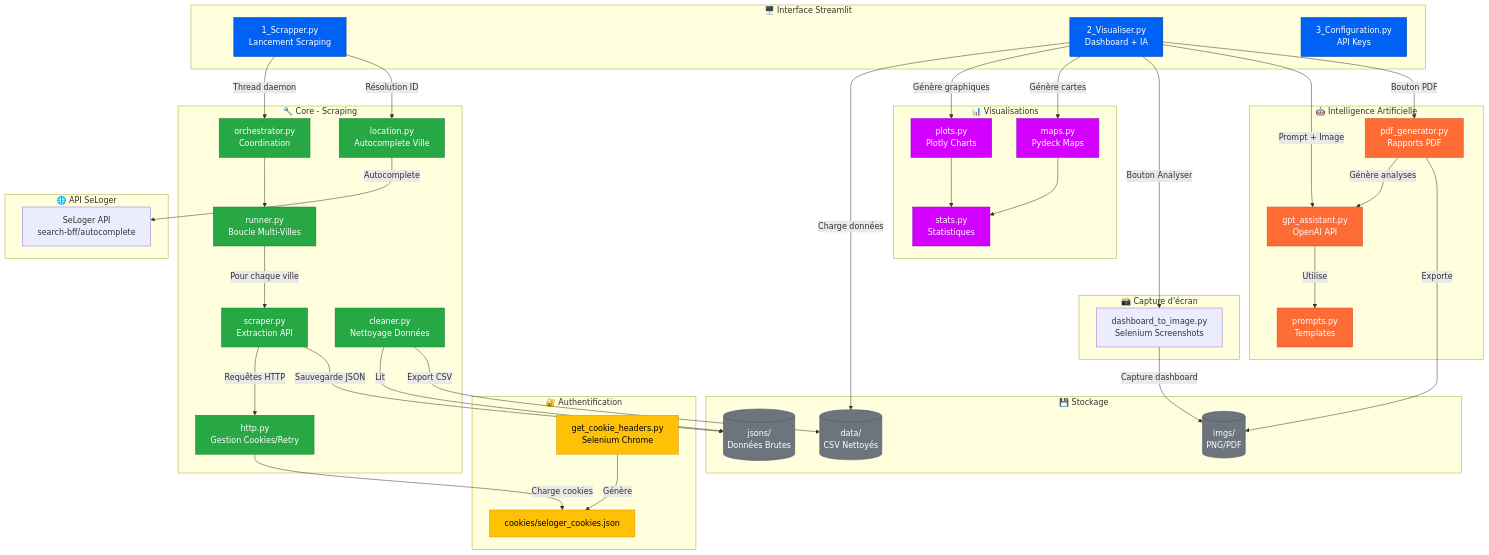
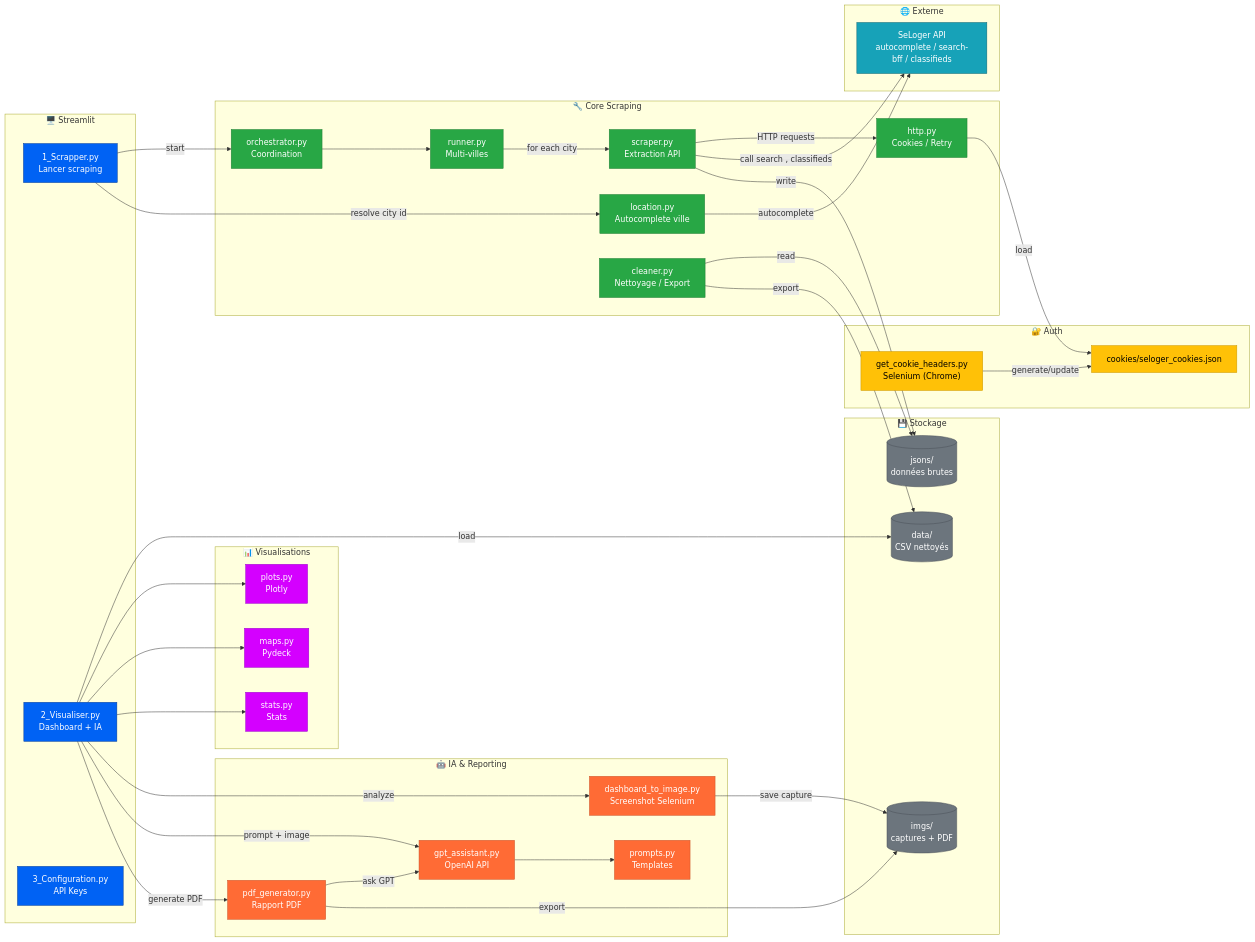
One commit to andrealoy/ImmoGuide changed the diagram in README.md. Above: the diagram before and after it, drawn with Mermaid. The commit also changed other lines of this file, not shown here.

````diff
--- a/README.md
+++ b/README.md
@@ -102,92 +102,126 @@
 ```mermaid
-graph TB
-    subgraph "🖥️ Interface Streamlit"
-        UI1[1_Scrapper.py<br/>Lancement Scraping]
-        UI2[2_Visualiser.py<br/>Dashboard + IA]
-        UI3[3_Configuration.py<br/>API Keys]
-    end
+flowchart LR
 
-    subgraph "🔧 Core - Scraping"
-        ORCH[orchestrator.py<br/>Coordination]
-        RUNNER[runner.py<br/>Boucle Multi-Villes]
-        SCRAPER[scraper.py<br/>Extraction API]
-        HTTP[http.py<br/>Gestion Cookies/Retry]
-        CLEANER[cleaner.py<br/>Nettoyage Données]
-        LOCATION[location.py<br/>Autocomplete Ville]
-    end
+%% =======================
+%% UI
+%% =======================
+subgraph UI["🖥️ Streamlit"]
+  UI1["1_Scrapper.py<br/>Lancer scraping"]
+  UI2["2_Visualiser.py<br/>Dashboard + IA"]
+  UI3["3_Configuration.py<br/>API Keys"]
+end
 
-    subgraph "🔐 Authentification"
-        COOKIES[get_cookie_headers.py<br/>Selenium Chrome]
-        COOKIE_FILE[cookies/seloger_cookies.json]
-    end
+%% =======================
+%% SCRAPING CORE
+%% =======================
+subgraph CORE["🔧 Core Scraping"]
+  ORCH["orchestrator.py<br/>Coordination"]
+  RUNNER["runner.py<br/>Multi-villes"]
+  LOCATION["location.py<br/>Autocomplete ville"]
+  SCRAPER["scraper.py<br/>Extraction API"]
+  HTTP["http.py<br/>Cookies / Retry"]
+  CLEANER["cleaner.py<br/>Nettoyage / Export"]
+end
 
-    subgraph "📊 Visualisations"
-        PLOTS[plots.py<br/>Plotly Charts]
-        MAPS[maps.py<br/>Pydeck Maps]
-        STATS[stats.py<br/>Statistiques]
-    end
+%% =======================
+%% AUTH
+%% =======================
+subgraph AUTH["🔐 Auth"]
+  COOKIES["get_cookie_headers.py<br/>Selenium (Chrome)"]
+  COOKIE_FILE["cookies/seloger_cookies.json"]
+end
 
-    subgraph "🤖 Intelligence Artificielle"
-        GPT[gpt_assistant.py<br/>OpenAI API]
-        PROMPTS[prompts.py<br/>Templates]
-        PDF[pdf_generator.py<br/>Rapports PDF]
-    end
+%% =======================
+%% STORAGE
+%% =======================
+subgraph STORE["💾 Stockage"]
+  JSON_DATA[("jsons/<br/>données brutes")]
+  CSV_DATA[("data/<br/>CSV nettoyés")]
+  IMAGES[("imgs/<br/>captures + PDF")]
+end
 
-    subgraph "📸 Capture d'écran"
-        IMG_SERVICE[dashboard_to_image.py<br/>Selenium Screenshots]
-    end
+%% =======================
+%% API
+%% =======================
+subgraph EXT["🌐 Externe"]
+  API["SeLoger API<br/>autocomplete / search-bff / classifieds"]
+end
 
-    subgraph "💾 Stockage"
-        JSON_DATA[(jsons/<br/>Données Brutes)]
-        CSV_DATA[(data/<br/>CSV Nettoyés)]
-        IMAGES[(imgs/<br/>PNG/PDF)]
-    end
+%% =======================
+%% VISU
+%% =======================
+subgraph VIZ["📊 Visualisations"]
+  PLOTS["plots.py<br/>Plotly"]
+  MAPS["maps.py<br/>Pydeck"]
+  STATS["stats.py<br/>Stats"]
+end
 
-    subgraph "🌐 API SeLoger"
-        API[SeLoger API<br/>search-bff/autocomplete]
-    end
+%% =======================
+%% AI
+%% =======================
+subgraph AI["🤖 IA & Reporting"]
+  IMG_SERVICE["dashboard_to_image.py<br/>Screenshot Selenium"]
+  GPT["gpt_assistant.py<br/>OpenAI API"]
+  PROMPTS["prompts.py<br/>Templates"]
+  PDF["pdf_generator.py<br/>Rapport PDF"]
+end
 
-    %% Flux Scraping
-    UI1 -->|Thread daemon| ORCH
-    ORCH --> RUNNER
-    RUNNER -->|Pour chaque ville| SCRAPER
-    SCRAPER -->|Requêtes HTTP| HTTP
-    HTTP -->|Charge cookies| COOKIE_FILE
-    COOKIES -->|Génère| COOKIE_FILE
-    SCRAPER -->|Sauvegarde JSON| JSON_DATA
-    CLEANER -->|Lit| JSON_DATA
-    CLEANER -->|Export CSV| CSV_DATA
-    UI1 -->|Résolution ID| LOCATION
-    LOCATION -->|Autocomplete| API
+%% =======================
+%% PIPELINE 1 — Scraping
+%% =======================
+UI1 -->|start| ORCH
+ORCH --> RUNNER
+RUNNER -->|for each city| SCRAPER
+SCRAPER -->|HTTP requests| HTTP
+HTTP -->|load| COOKIE_FILE
+COOKIES -->|generate/update| COOKIE_FILE
 
-    %% Flux Visualisation
-    UI2 -->|Charge données| CSV_DATA
-    UI2 -->|Génère graphiques| PLOTS
-    UI2 -->|Génère cartes| MAPS
-    PLOTS --> STATS
-    MAPS --> STATS
+UI1 -->|resolve city id| LOCATION
+LOCATION -->|autocomplete| API
+SCRAPER -->|call search , classifieds| API
 
-    %% Flux IA
-    UI2 -->|Bouton Analyser| IMG_SERVICE
-    IMG_SERVICE -->|Capture dashboard| IMAGES
-    UI2 -->|Prompt + Image| GPT
-    GPT -->|Utilise| PROMPTS
-    UI2 -->|Bouton PDF| PDF
-    PDF -->|Génère analyses| GPT
-    PDF -->|Exporte| IMAGES
+SCRAPER -->|write| JSON_DATA
+CLEANER -->|read| JSON_DATA
+CLEANER -->|export| CSV_DATA
 
-    %% Style
-    classDef uiClass fill:#0062f4,stroke:#003d99,color:#fff
-    classDef coreClass fill:#28a745,stroke:#1e7e34,color:#fff
-    classDef vizClass fill:#d400ff,stroke:#9900cc,color:#fff
-    classDef aiClass fill:#ff6b35,stroke:#cc5529,color:#fff
-    classDef storageClass fill:#6c757d,stroke:#495057,color:#fff
-    classDef authClass fill:#ffc107,stroke:#cc9a06,color:#000
+%% =======================
+%% PIPELINE 2 — Dashboard
+%% =======================
+UI2 -->|load| CSV_DATA
+UI2 --> PLOTS
+UI2 --> MAPS
+UI2 --> STATS
 
-    class UI1,UI2,UI3 uiClass
-    class ORCH,RUNNER,SCRAPER,HTTP,CLEANER,LOCATION coreClass
-    class PLOTS,MAPS,STATS vizClass
-    class GPT,PROMPTS,PDF aiClass
-    class COOKIES,COOKIE_FILE authClass
-    class JSON_DATA,CSV_DATA,IMAGES storageClass
+%% =======================
+%% PIPELINE 3 — IA + PDF
+%% =======================
+UI2 -->|analyze| IMG_SERVICE
+IMG_SERVICE -->|save capture| IMAGES
+
+UI2 -->|prompt + image| GPT
+GPT --> PROMPTS
+
+UI2 -->|generate PDF| PDF
+PDF -->|ask GPT| GPT
+PDF -->|export| IMAGES
+
+%% =======================
+%% STYLES
+%% =======================
+classDef ui fill:#0062f4,stroke:#003d99,color:#fff
+classDef core fill:#28a745,stroke:#1e7e34,color:#fff
+classDef auth fill:#ffc107,stroke:#cc9a06,color:#000
+classDef store fill:#6c757d,stroke:#495057,color:#fff
+classDef viz fill:#d400ff,stroke:#9900cc,color:#fff
+classDef ai fill:#ff6b35,stroke:#cc5529,color:#fff
+classDef ext fill:#17a2b8,stroke:#0f6674,color:#fff
+
+class UI1,UI2,UI3 ui
+class ORCH,RUNNER,LOCATION,SCRAPER,HTTP,CLEANER core
+class COOKIES,COOKIE_FILE auth
+class JSON_DATA,CSV_DATA,IMAGES store
+class PLOTS,MAPS,STATS viz
+class IMG_SERVICE,GPT,PROMPTS,PDF ai
+class API ext
+
 ```
````
